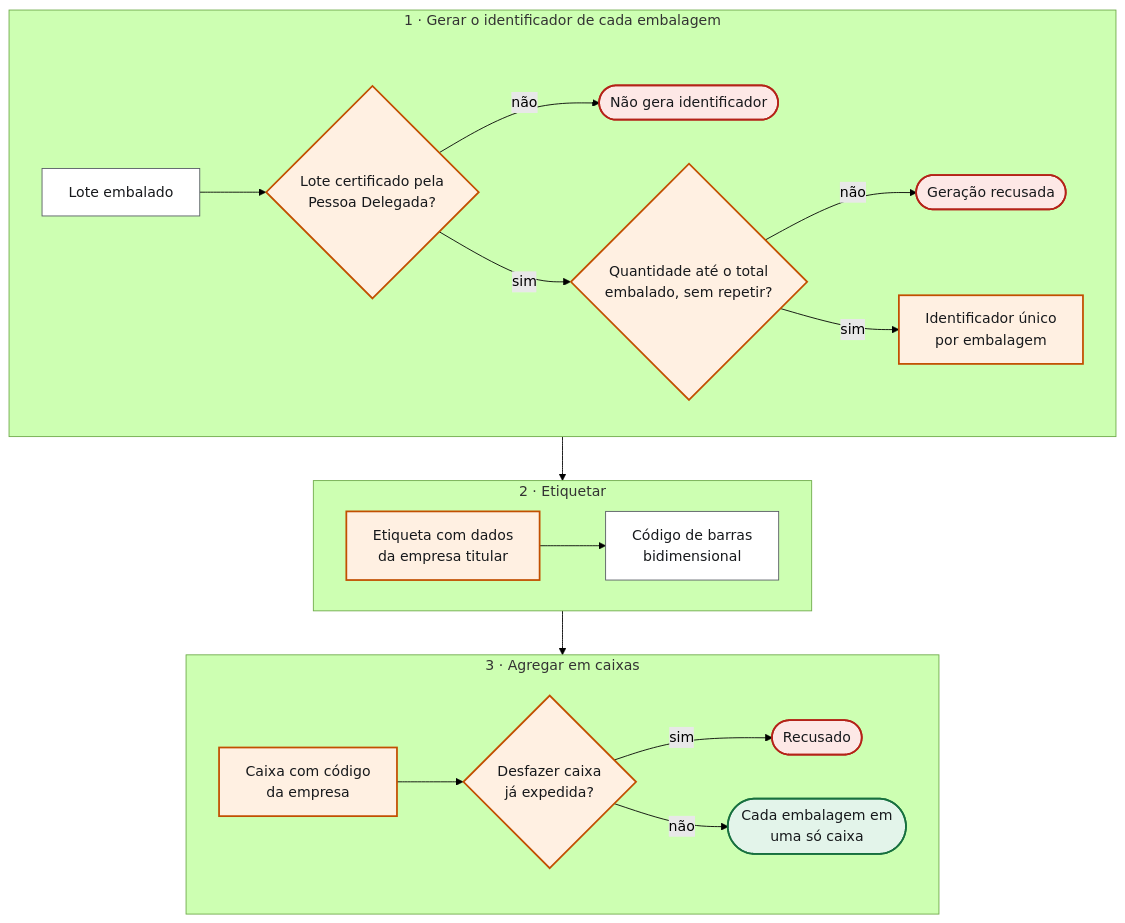
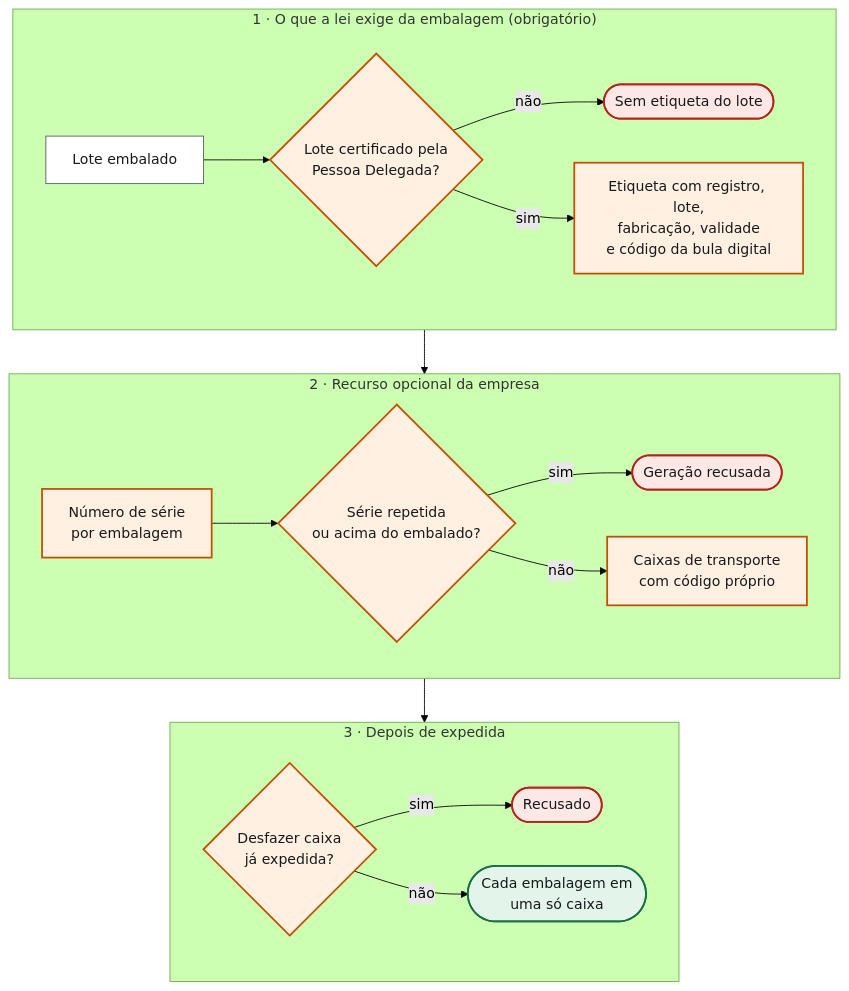
The diagram in docs/roadmap/diagramas/fluxo-16a-ium-e-agregacao.mmd (Nardacci/iLabs), drawn with Mermaid (forest theme) before and after one commit. The commit also changed 15 other files, not shown here.

```diff
--- a/docs/roadmap/diagramas/fluxo-16a-ium-e-agregacao.mmd
+++ b/docs/roadmap/diagramas/fluxo-16a-ium-e-agregacao.mmd
@@ -1,24 +1,24 @@
 flowchart TB
   classDef trava fill:#fff0e2,stroke:#c24f00,stroke-width:2px,color:#17191c
   classDef passo fill:#ffffff,stroke:#565b63,color:#17191c
   classDef fim fill:#e3f4ea,stroke:#17703f,stroke-width:2px,color:#17191c
   classDef bloqueio fill:#fde8e6,stroke:#b42318,stroke-width:2px,color:#17191c
-  subgraph G["1 · Gerar o identificador de cada embalagem"]
+  subgraph O["1 · O que a lei exige da embalagem (obrigatório)"]
     direction LR
     A1["Lote embalado"]:::passo --> A2{"Lote certificado pela<br/>Pessoa Delegada?"}:::trava
-    A2 -- não --> X1(["Não gera identificador"]):::bloqueio
-    A2 -- sim --> A3{"Quantidade até o total<br/>embalado, sem repetir?"}:::trava
-    A3 -- não --> X2(["Geração recusada"]):::bloqueio
-    A3 -- sim --> A4["Identificador único<br/>por embalagem"]:::trava
+    A2 -- não --> X1(["Sem etiqueta do lote"]):::bloqueio
+    A2 -- sim --> A3["Etiqueta com registro, lote,<br/>fabricação, validade<br/>e código da bula digital"]:::trava
   end
-  subgraph E["2 · Etiquetar"]
+  subgraph P["2 · Recurso opcional da empresa"]
     direction LR
-    B1["Etiqueta com dados<br/>da empresa titular"]:::trava --> B2["Código de barras<br/>bidimensional"]:::passo
+    B1["Número de série<br/>por embalagem"]:::trava --> B2{"Série repetida<br/>ou acima do embalado?"}:::trava
+    B2 -- sim --> X2(["Geração recusada"]):::bloqueio
+    B2 -- não --> B3["Caixas de transporte<br/>com código próprio"]:::trava
   end
-  subgraph C["3 · Agregar em caixas"]
+  subgraph C["3 · Depois de expedida"]
     direction LR
-    C1["Caixa com código<br/>da empresa"]:::trava --> C2{"Desfazer caixa<br/>já expedida?"}:::trava
-    C2 -- sim --> X3(["Recusado"]):::bloqueio
-    C2 -- não --> C3(["Cada embalagem em<br/>uma só caixa"]):::fim
+    C1{"Desfazer caixa<br/>já expedida?"}:::trava
+    C1 -- sim --> X3(["Recusado"]):::bloqueio
+    C1 -- não --> C2(["Cada embalagem em<br/>uma só caixa"]):::fim
   end
-  G --> E --> C
+  O --> P --> C
```
